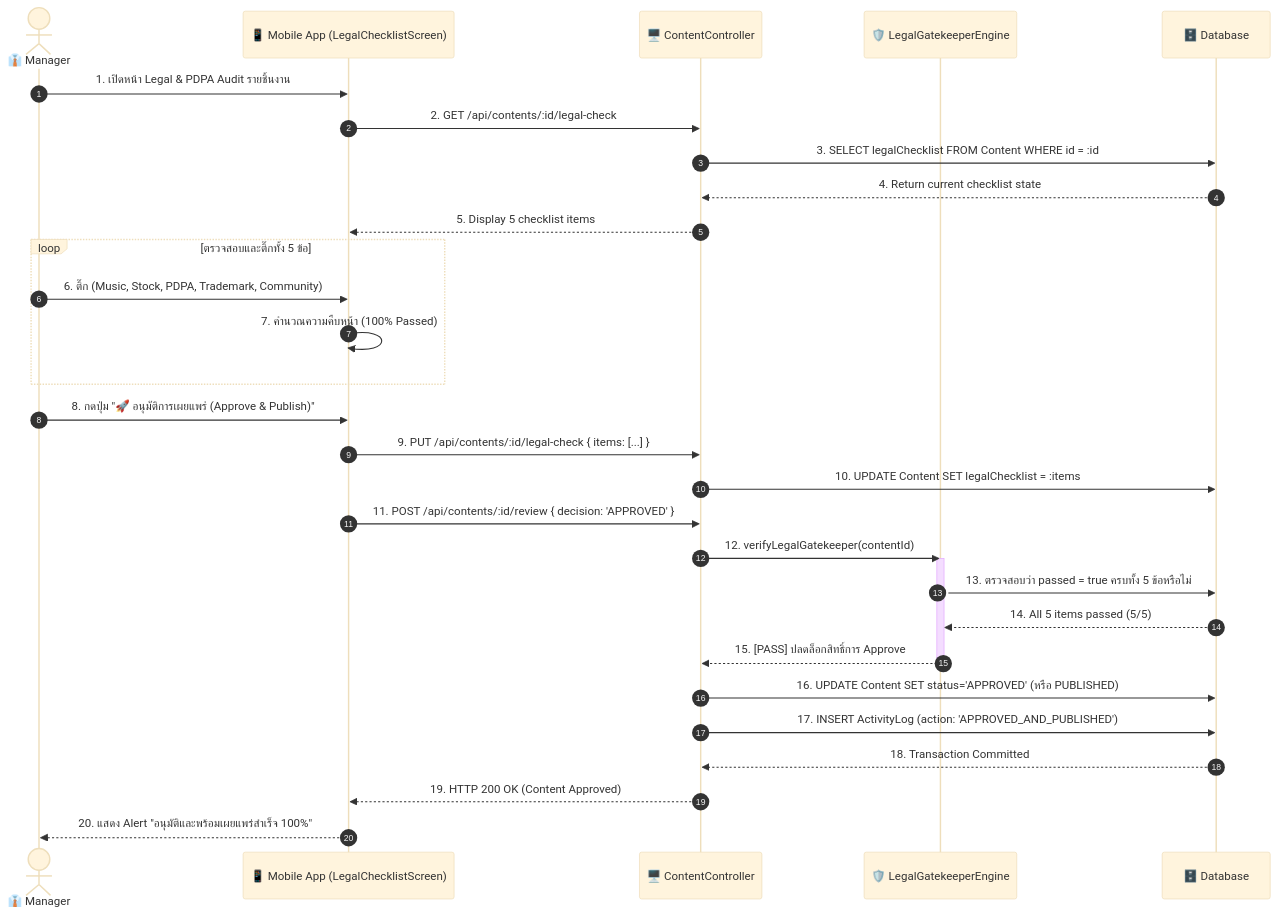
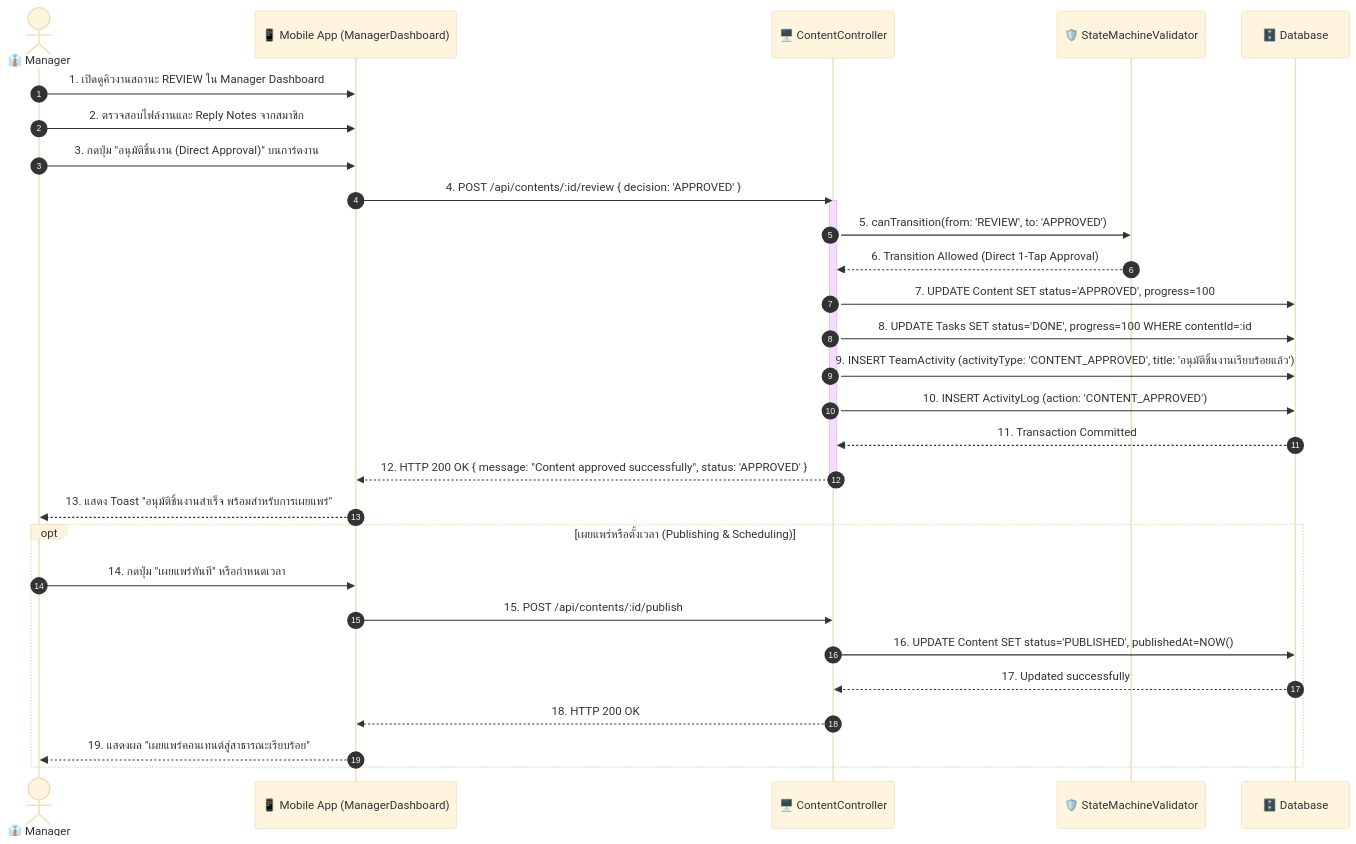
One commit to Starlight142/Content-Management-System changed the third of 4 diagrams in docs/academic/05-Sequence-Diagrams.md. Above: the diagram before and after it, drawn with Mermaid (base theme). The commit also changed other lines of this file and 47 other files, not shown here.

Commit message:
feat: complete Real-time Pipeline Sync across Web and Mobile, Physical Device Deployment (Xiaomi 13 Pro), Presence Engine, and Academic Architecture update (Phases 18-22)

````diff
--- a/docs/academic/05-Sequence-Diagrams.md
+++ b/docs/academic/05-Sequence-Diagrams.md
@@ -89,38 +103,34 @@
 ```mermaid
 sequenceDiagram
     autonumber
     actor Mgr as 👔 Manager
-    participant App as 📱 Mobile App (LegalChecklistScreen)
+    participant App as 📱 Mobile App (ManagerDashboard)
     participant API as 🖥️ ContentController
-    participant Guard as 🛡️ LegalGatekeeperEngine
+    participant Guard as 🛡️ StateMachineValidator
     participant DB as 🗄️ Database
 
-    Mgr->>App: 1. เปิดหน้า Legal & PDPA Audit รายชิ้นงาน
-    App->>API: 2. GET /api/contents/:id/legal-check
-    API->>DB: 3. SELECT legalChecklist FROM Content WHERE id = :id
-    DB-->>API: 4. Return current checklist state
-    API-->>App: 5. Display 5 checklist items
+    Mgr->>App: 1. เปิดดูคิวงานสถานะ REVIEW ใน Manager Dashboard
+    Mgr->>App: 2. ตรวจสอบไฟล์งานและ Reply Notes จากสมาชิก
+    Mgr->>App: 3. กดปุ่ม "อนุมัติชิ้นงาน (Direct Approval)" บนการ์ดงาน
+    App->>API: 4. POST /api/contents/:id/review { decision: 'APPROVED' }
+    activate API
+    API->>Guard: 5. canTransition(from: 'REVIEW', to: 'APPROVED')
+    Guard-->>API: 6. Transition Allowed (Direct 1-Tap Approval)
+    API->>DB: 7. UPDATE Content SET status='APPROVED', progress=100
+    API->>DB: 8. UPDATE Tasks SET status='DONE', progress=100 WHERE contentId=:id
+    API->>DB: 9. INSERT TeamActivity (activityType: 'CONTENT_APPROVED', title: 'อนุมัติชิ้นงานเรียบร้อยแล้ว')
+    API->>DB: 10. INSERT ActivityLog (action: 'CONTENT_APPROVED')
+    DB-->>API: 11. Transaction Committed
+    API-->>App: 12. HTTP 200 OK { message: "Content approved successfully", status: 'APPROVED' }
+    deactivate API
+    App-->>Mgr: 13. แสดง Toast "อนุมัติชิ้นงานสำเร็จ พร้อมสำหรับการเผยแพร่"
     
-    loop ตรวจสอบและติ๊กทั้ง 5 ข้อ
-        Mgr->>App: 6. ติ๊ก (Music, Stock, PDPA, Trademark, Community)
-        App->>App: 7. คำนวณความคืบหน้า (100% Passed)
+    opt เผยแพร่หรือตั้งเวลา (Publishing & Scheduling)
+        Mgr->>App: 14. กดปุ่ม "เผยแพร่ทันที" หรือกำหนดเวลา
+        App->>API: 15. POST /api/contents/:id/publish
+        API->>DB: 16. UPDATE Content SET status='PUBLISHED', publishedAt=NOW()
+        DB-->>API: 17. Updated successfully
+        API-->>App: 18. HTTP 200 OK
+        App-->>Mgr: 19. แสดงผล "เผยแพร่คอนเทนต์สู่สาธารณะเรียบร้อย"
     end
-    
-    Mgr->>App: 8. กดปุ่ม "🚀 อนุมัติการเผยแพร่ (Approve & Publish)"
-    App->>API: 9. PUT /api/contents/:id/legal-check { items: [...] }
-    API->>DB: 10. UPDATE Content SET legalChecklist = :items
-    
-    App->>API: 11. POST /api/contents/:id/review { decision: 'APPROVED' }
-    API->>Guard: 12. verifyLegalGatekeeper(contentId)
-    activate Guard
-    Guard->>DB: 13. ตรวจสอบว่า passed = true ครบทั้ง 5 ข้อหรือไม่
-    DB-->>Guard: 14. All 5 items passed (5/5)
-    Guard-->>API: 15. [PASS] ปลดล็อกสิทธิ์การ Approve
-    deactivate Guard
-    
-    API->>DB: 16. UPDATE Content SET status='APPROVED' (หรือ PUBLISHED)
-    API->>DB: 17. INSERT ActivityLog (action: 'APPROVED_AND_PUBLISHED')
-    DB-->>API: 18. Transaction Committed
-    API-->>App: 19. HTTP 200 OK (Content Approved)
-    App-->>Mgr: 20. แสดง Alert "อนุมัติและพร้อมเผยแพร่สำเร็จ 100%"
 ```
````
